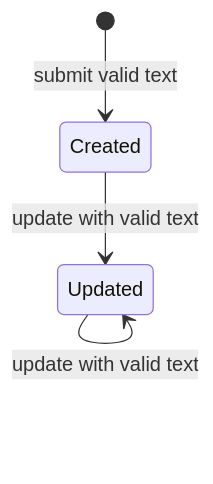
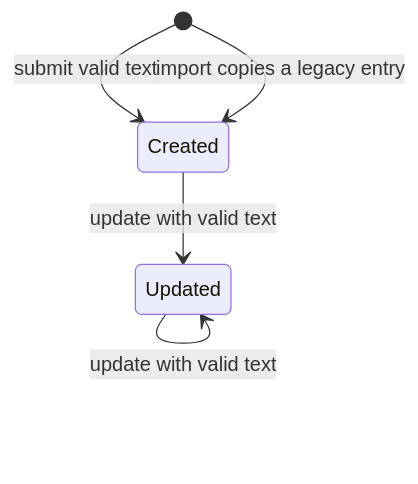
The first of 2 diagrams in specs/02-specification/state-machines.md (nafiz1001/diary), drawn with Mermaid before and after one commit. The commit also changed other lines of this file and 10 other files, not shown here.

````diff
--- a/specs/02-specification/state-machines.md
+++ b/specs/02-specification/state-machines.md
@@ -7,6 +7,7 @@
 ```mermaid
 stateDiagram-v2
     [*] --> Created : submit valid text
     Created --> Updated : update with valid text
     Updated --> Updated : update with valid text
+    [*] --> Created : import copies a legacy entry
 ```
````
